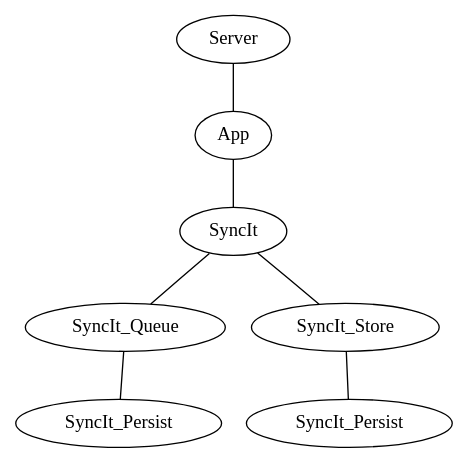
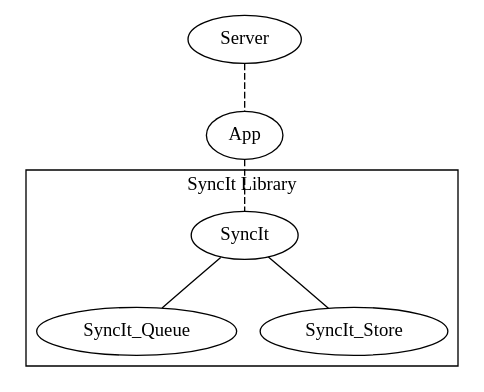
The diagram in README.overall-diagram.dot (forbesmyester/SyncIt), drawn with Graphviz before and after one commit. The commit also changed 13 other files, not shown here.

```diff
--- a/README.overall-diagram.dot
+++ b/README.overall-diagram.dot
@@ -1,10 +1,13 @@
 digraph a { 
-	SyncIt_Persist_Queue [label="SyncIt_Persist"];
-	SyncIt_Persist_Store [label="SyncIt_Persist"];
-	Server -> App [arrowhead=none]; 
-	App -> SyncIt [arrowhead=none]; 
-	SyncIt -> SyncIt_Queue [arrowhead=none]; 
-	SyncIt_Queue -> SyncIt_Persist_Queue [arrowhead=none]; 
-	SyncIt -> SyncIt_Store [arrowhead=none]; 
-	SyncIt_Store -> SyncIt_Persist_Store [arrowhead=none];
+	subgraph x {
+		color = gray;
+		Server -> App [arrowhead=none, style=dashed]; 
+		App -> SyncIt [arrowhead=none, style=dashed]; 
+	}
+	subgraph clustersi {
+		label = "SyncIt Library";
+		color = black;
+		SyncIt -> SyncIt_Queue [arrowhead=none]; 
+		SyncIt -> SyncIt_Store [arrowhead=none]; 
+	}
 } 
```
